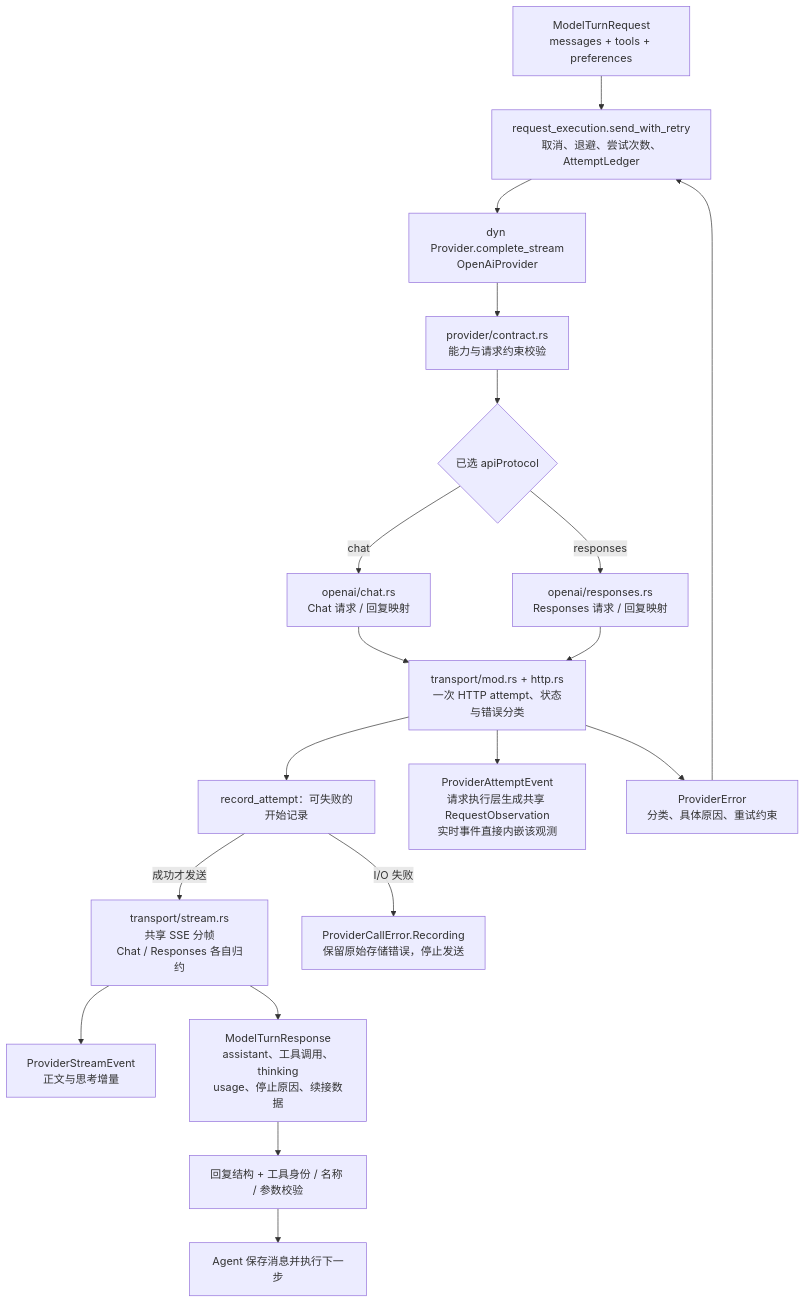
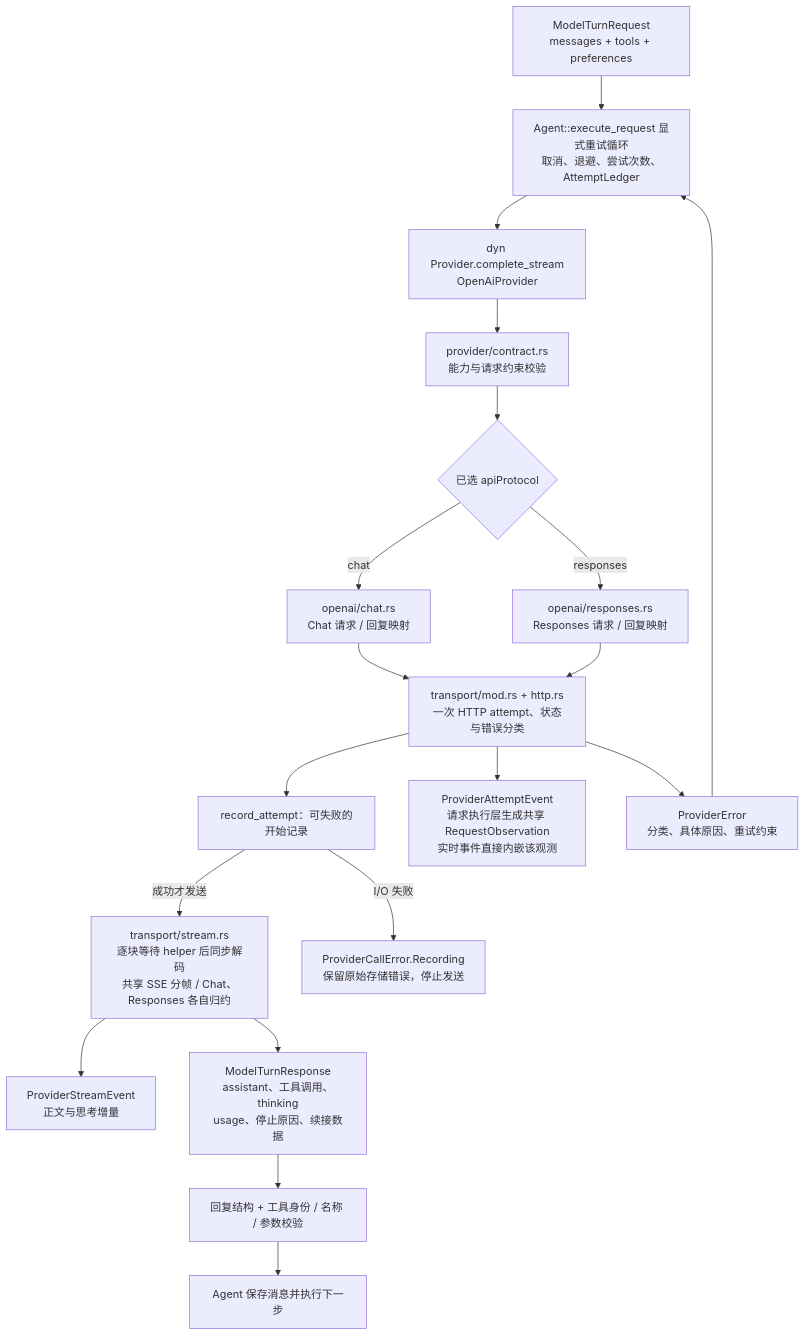
One commit to qjcnmd/singularity-agent changed diagram 19 of 29 in docs/singularity.md. Above: the diagram before and after it, drawn with Mermaid. The commit also changed other lines of this file and 28 other files, not shown here.

````diff
--- a/docs/singularity.md
+++ b/docs/singularity.md
@@ -510,21 +510,21 @@
 ```mermaid
 flowchart TB
-    Request["ModelTurnRequest<br/>messages + tools + preferences"] --> Retry["request_execution.send_with_retry<br/>取消、退避、尝试次数、AttemptLedger"]
+    Request["ModelTurnRequest<br/>messages + tools + preferences"] --> Retry["Agent::execute_request 显式重试循环<br/>取消、退避、尝试次数、AttemptLedger"]
     Retry --> Provider["dyn Provider.complete_stream<br/>OpenAiProvider"]
     Provider --> Validate["provider/contract.rs<br/>能力与请求约束校验"]
     Validate --> Protocol{"已选 apiProtocol"}
     Protocol -->|"chat"| Chat["openai/chat.rs<br/>Chat 请求 / 回复映射"]
     Protocol -->|"responses"| Responses["openai/responses.rs<br/>Responses 请求 / 回复映射"]
     Chat --> Transport["transport/mod.rs + http.rs<br/>一次 HTTP attempt、状态与错误分类"]
     Responses --> Transport
     Transport --> Record["record_attempt：可失败的开始记录"]
-    Record -->|"成功才发送"| SSE["transport/stream.rs<br/>共享 SSE 分帧<br/>Chat / Responses 各自归约"]
+    Record -->|"成功才发送"| SSE["transport/stream.rs<br/>逐块等待 helper 后同步解码<br/>共享 SSE 分帧 / Chat、Responses 各自归约"]
     SSE --> Deltas["ProviderStreamEvent<br/>正文与思考增量"]
     Record -->|"I/O 失败"| StorageError["ProviderCallError.Recording<br/>保留原始存储错误，停止发送"]
     Transport --> Attempts["ProviderAttemptEvent<br/>请求执行层生成共享 RequestObservation<br/>实时事件直接内嵌该观测"]
     SSE --> Reply["ModelTurnResponse<br/>assistant、工具调用、thinking<br/>usage、停止原因、续接数据"]
     Reply --> Check["回复结构 + 工具身份 / 名称 / 参数校验"]
     Check --> Agent["Agent 保存消息并执行下一步"]
     Transport --> Error["ProviderError<br/>分类、具体原因、重试约束"]
     Error --> Retry
 ```
````
